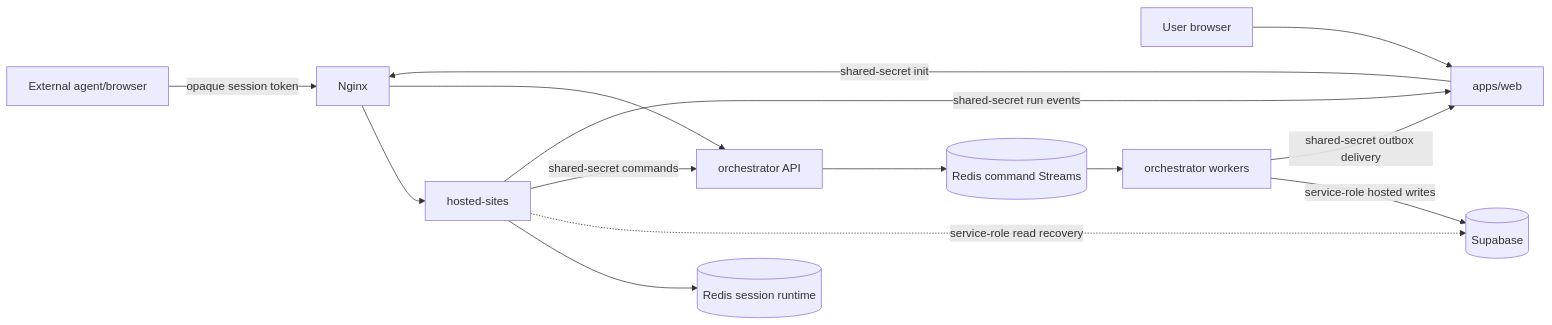
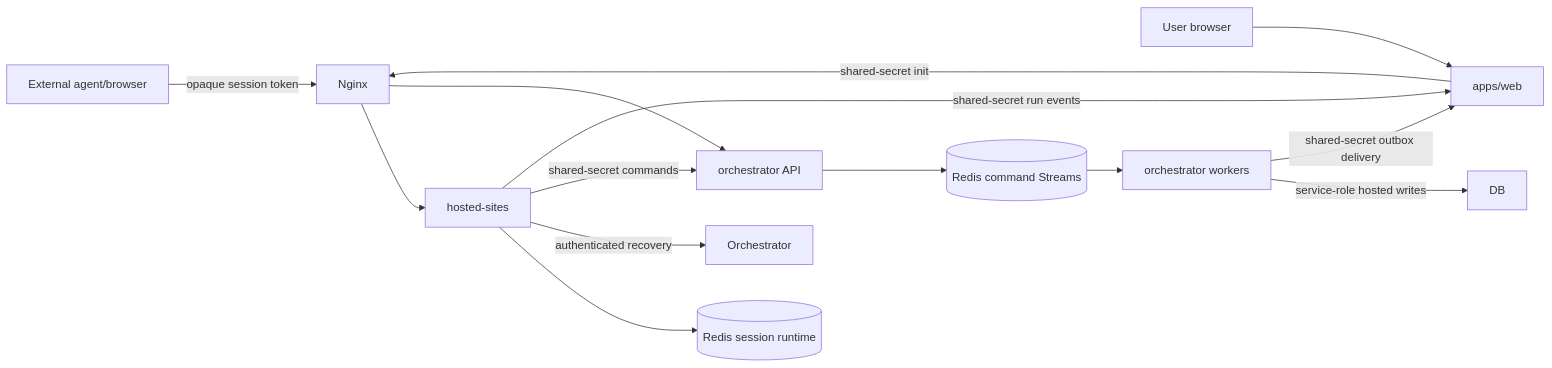
The diagram in docs/security.md (Kaiwen0418/agent-benchmark), drawn with Mermaid before and after one commit. The commit also changed 23 other files, not shown here.

Commit message:
feat(architecture): enforce hosted database ownership

````diff
--- a/docs/security.md
+++ b/docs/security.md
@@ -7,16 +7,16 @@
 ```mermaid
 flowchart LR
   Untrusted["External agent/browser"] -->|"opaque session token"| Gateway["Nginx"]
   User["User browser"] --> Web["apps/web"]
   Gateway --> Sites["hosted-sites"]
   Web -->|"shared-secret init"| Gateway
   Gateway --> OrchestratorAPI["orchestrator API"]
   Sites --> SessionRedis[("Redis session runtime")]
-  Sites -.->|"service-role read recovery"| DB[("Supabase")]
+  Sites -->|"authenticated recovery"| Orchestrator
   Sites -->|"shared-secret commands"| OrchestratorAPI
   OrchestratorAPI --> CommandRedis[("Redis command Streams")]
   CommandRedis --> Workers["orchestrator workers"]
   Workers -->|"service-role hosted writes"| DB
   Sites -->|"shared-secret run events"| Web
   Workers -->|"shared-secret outbox delivery"| Web
 ```
````
